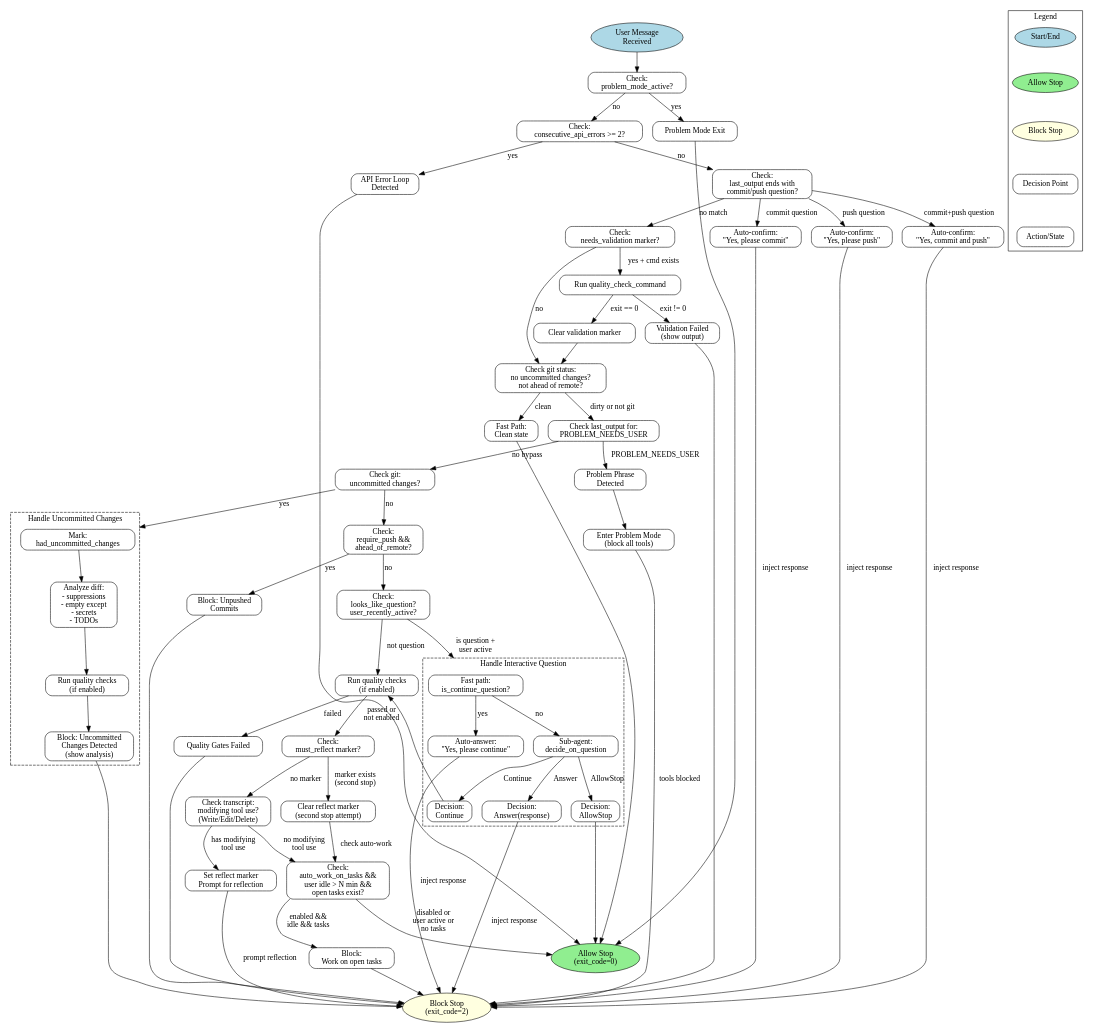
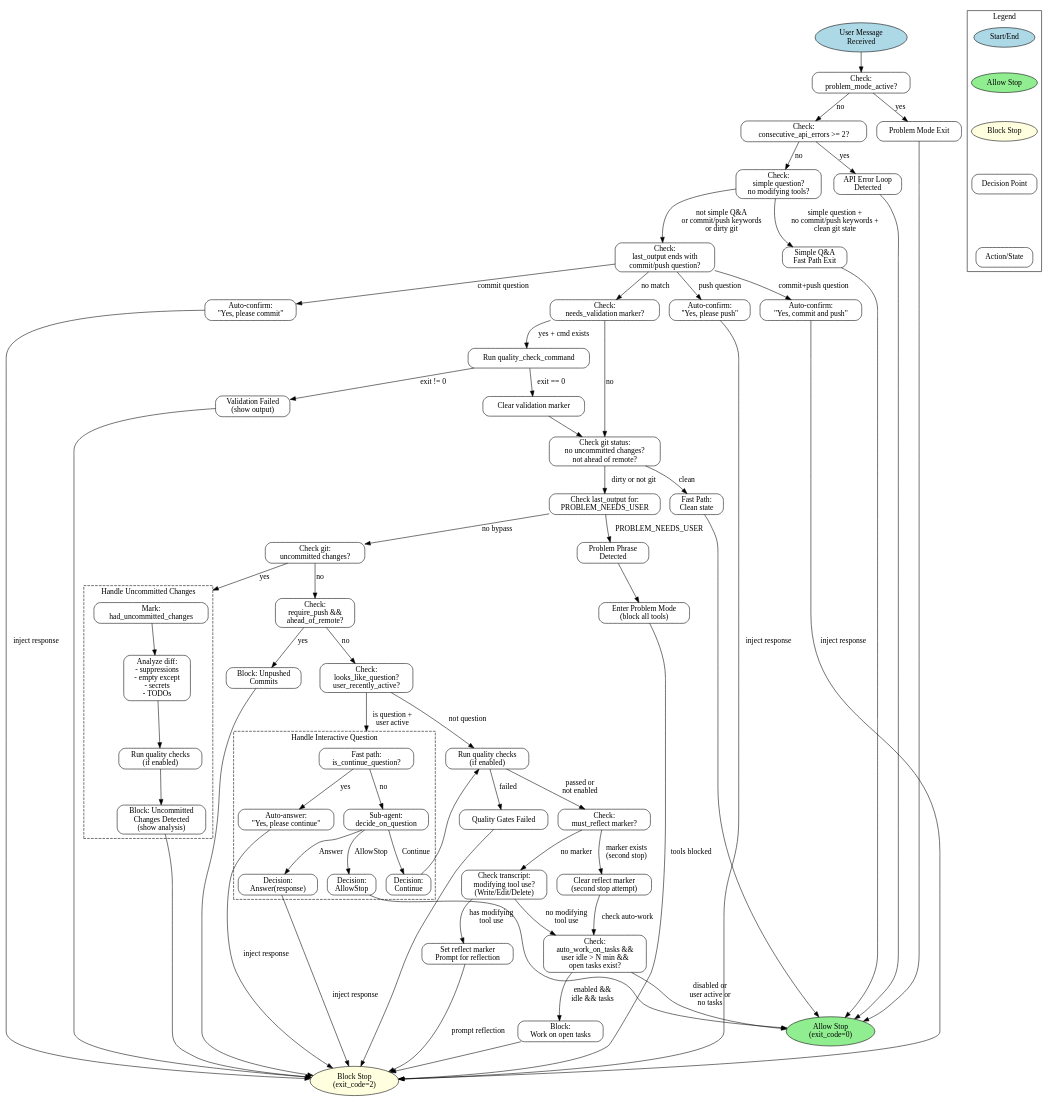
One commit to DRMacIver/claude-reliability changed the diagram in docs/stop-hook-states.dot. Above: the diagram before and after it, drawn with Graphviz. The commit also changed 1 other file, not shown here.

Commit message:
Fix simple Q&A fast path: guard against commit/push keywords and dirty git state
The simple Q&A fast path was allowing immediate stop when the user's last
message was a simple question, even when it contained commit/push keywords
(preventing the auto-confirm handler from running) or when the repo had
uncommitted changes or unpushed commits.

Added guards to check_simple_qa_fast_path:
- Skip fast path if message contains "commit" or "push" keywords
- Skip fast path if git repo has uncommitted changes
- Skip fast path if require_push is enabled and branch is ahead of remote

```diff
--- a/docs/stop-hook-states.dot
+++ b/docs/stop-hook-states.dot
@@ -19,6 +19,10 @@
     // 2. API Error Loop Check
     CheckAPIErrors [label="Check:\nconsecutive_api_errors >= 2?"];
     APIErrorLoop [label="API Error Loop\nDetected"];
+
+    // 2b. Simple Q&A Fast Path
+    CheckSimpleQA [label="Check:\nsimple question?\nno modifying tools?"];
+    SimpleQAExit [label="Simple Q&A\nFast Path Exit"];
 
     // 3. Commit/Push Question Fast Path (git repos only)
     CheckCommitPushQ [label="Check:\nlast_output ends with\ncommit/push question?"];
@@ -102,8 +106,13 @@
 
     // 2. API Errors
     CheckAPIErrors -> APIErrorLoop [label="yes"];
-    CheckAPIErrors -> CheckCommitPushQ [label="no"];
+    CheckAPIErrors -> CheckSimpleQA [label="no"];
     APIErrorLoop -> AllowStop;
+
+    // 2b. Simple Q&A Fast Path
+    CheckSimpleQA -> SimpleQAExit [label="simple question +\nno commit/push keywords +\nclean git state"];
+    CheckSimpleQA -> CheckCommitPushQ [label="not simple Q&A\nor commit/push keywords\nor dirty git"];
+    SimpleQAExit -> AllowStop;
 
     // 3. Commit/Push Question (git repos only)
     CheckCommitPushQ -> AutoConfirmCommit [label="commit question"];
@@ -201,6 +210,7 @@
     // (Shown as labels on transitions where relevant bash commands are invoked)
 
     // The following transitions involve specific tool uses:
+    // - CheckSimpleQA: Bash(git diff --stat, git diff --cached --stat, git ls-files, git rev-list) (when git_repo)
     // - CheckGitClean: Bash(git diff --stat, git diff --cached --stat, git ls-files, git rev-list)
     // - CheckUncommitted: Bash(git diff --stat, git diff --cached --stat, git ls-files, git rev-list)
     // - AnalyzeDiff: Bash(git diff --cached, git diff)
```
